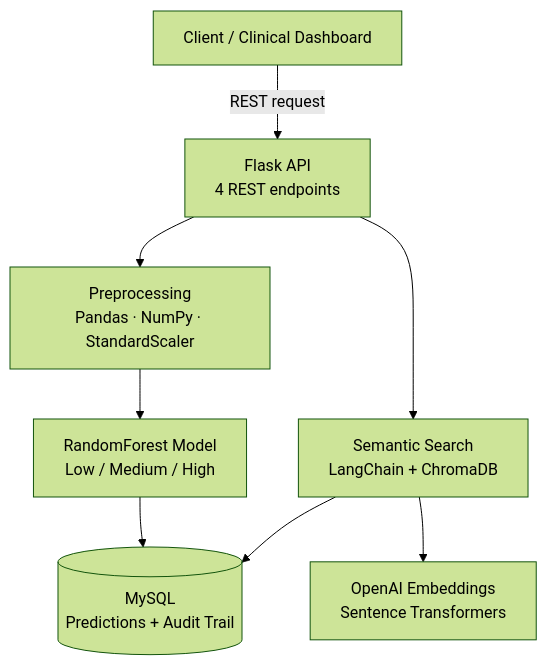
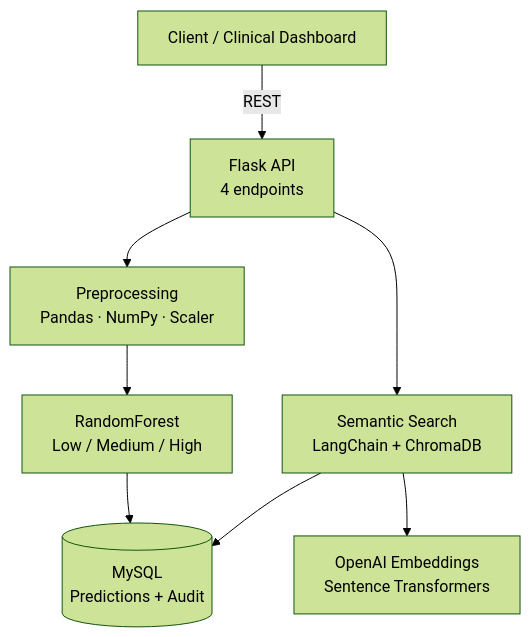
One commit to punniyam26-hash/punniyam26-hash changed the second of 2 diagrams in README.md. Above: the diagram before and after it, drawn with Mermaid (forest theme). The commit also changed other lines of this file, not shown here.

````diff
--- a/README.md
+++ b/README.md
@@ -107,10 +279,10 @@
-```mermaid
+        <div class="mermaid">
 flowchart TD
-    A[Client / Clinical Dashboard] -->|REST request| B[Flask API<br/>4 REST endpoints]
-    B --> C[Preprocessing<br/>Pandas · NumPy · StandardScaler]
+    A[Client / Clinical Dashboard] -->|REST| B[Flask API<br/>4 endpoints]
+    B --> C[Preprocessing<br/>Pandas · NumPy · Scaler]
     B --> D[Semantic Search<br/>LangChain + ChromaDB]
     D --> E[OpenAI Embeddings<br/>Sentence Transformers]
-    C --> F[RandomForest Model<br/>Low / Medium / High]
-    F --> G[(MySQL<br/>Predictions + Audit Trail)]
+    C --> F[RandomForest<br/>Low / Medium / High]
+    F --> G[(MySQL<br/>Predictions + Audit)]
     D --> G
-```
+        </div>
````
